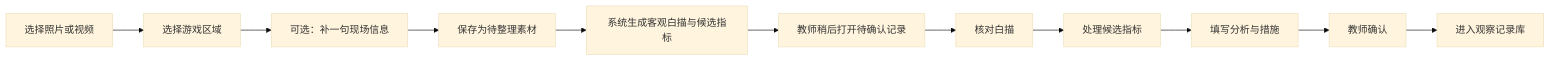
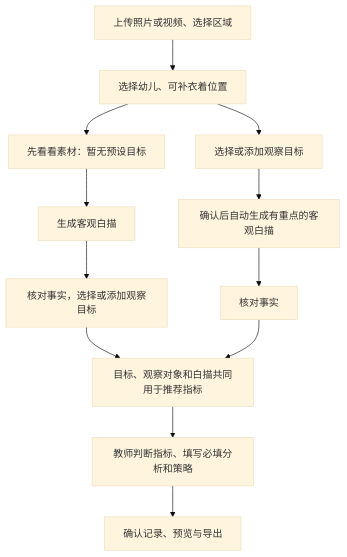
The first of 2 diagrams in docs/mvp-user-flow.md (cc741035412-boop/bangbang), drawn with Mermaid (base theme) before and after one commit. The commit also changed other lines of this file and 102 other files, not shown here.

````diff
--- a/docs/mvp-user-flow.md
+++ b/docs/mvp-user-flow.md
@@ -14,13 +14,14 @@
 ```mermaid
-flowchart LR
-    A[选择照片或视频] --> B[选择游戏区域]
-    B --> C[可选：补一句现场信息]
-    C --> D[保存为待整理素材]
-    D --> E[系统生成客观白描与候选指标]
-    E --> F[教师稍后打开待确认记录]
-    F --> G[核对白描]
-    G --> H[处理候选指标]
-    H --> I[填写分析与措施]
-    I --> J[教师确认]
-    J --> K[进入观察记录库]
+flowchart TD
+    A[上传照片或视频、选择区域] --> B[选择幼儿、可补衣着位置]
+    B --> C[选择或添加观察目标]
+    B --> D[先看看素材：暂无预设目标]
+    C --> E[确认后自动生成有重点的客观白描]
+    D --> F[生成客观白描]
+    F --> G[核对事实，选择或添加观察目标]
+    E --> H[核对事实]
+    G --> I[目标、观察对象和白描共同用于推荐指标]
+    H --> I
+    I --> J[教师判断指标、填写必填分析和策略]
+    J --> K[确认记录、预览与导出]
 ```
````
